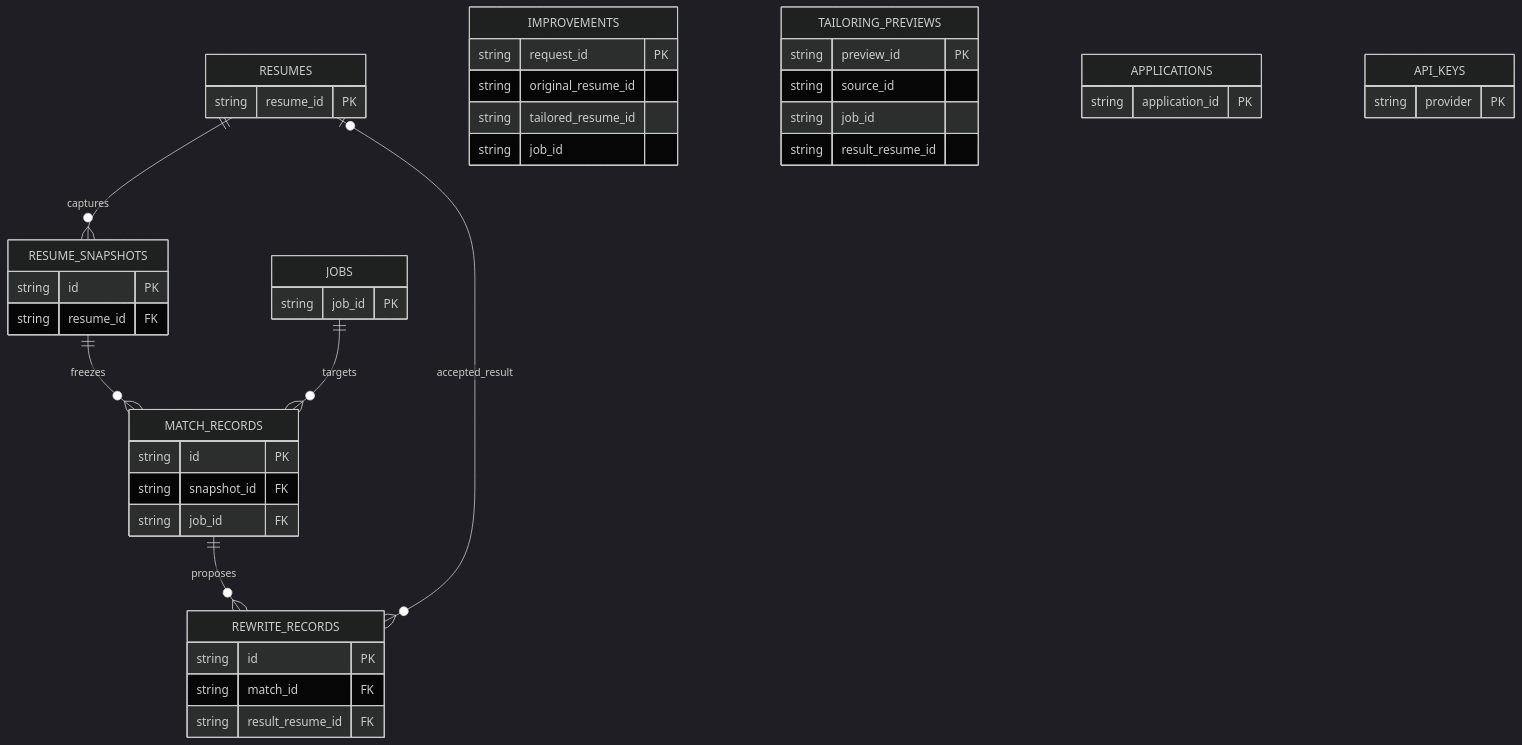
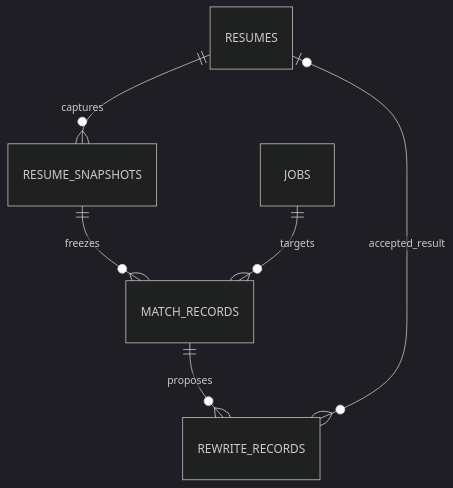
The second of 2 diagrams in docs/架构与接口.md (1subtle/careerlens), drawn with Mermaid (dark theme) before and after one commit. The commit also changed other lines of this file and 306 other files, not shown here.

````diff
--- a/docs/架构与接口.md
+++ b/docs/架构与接口.md
@@ -28,46 +47,8 @@
 ```mermaid
 erDiagram
-  RESUMES ||--o{ RESUME_SNAPSHOTS : captures
-  RESUME_SNAPSHOTS ||--o{ MATCH_RECORDS : freezes
-  JOBS ||--o{ MATCH_RECORDS : targets
-  MATCH_RECORDS ||--o{ REWRITE_RECORDS : proposes
-  RESUMES o|--o{ REWRITE_RECORDS : accepted_result
-  RESUMES {
-    string resume_id PK
-  }
-  JOBS {
-    string job_id PK
-  }
-  RESUME_SNAPSHOTS {
-    string id PK
-    string resume_id FK
-  }
-  MATCH_RECORDS {
-    string id PK
-    string snapshot_id FK
-    string job_id FK
-  }
-  REWRITE_RECORDS {
-    string id PK
-    string match_id FK
-    string result_resume_id FK
-  }
-  IMPROVEMENTS {
-    string request_id PK
-    string original_resume_id
-    string tailored_resume_id
-    string job_id
-  }
-  TAILORING_PREVIEWS {
-    string preview_id PK
-    string source_id
-    string job_id
-    string result_resume_id
-  }
-  APPLICATIONS {
-    string application_id PK
-  }
-  API_KEYS {
-    string provider PK
-  }
+    RESUMES ||--o{ RESUME_SNAPSHOTS : captures
+    RESUME_SNAPSHOTS ||--o{ MATCH_RECORDS : freezes
+    JOBS ||--o{ MATCH_RECORDS : targets
+    MATCH_RECORDS ||--o{ REWRITE_RECORDS : proposes
+    RESUMES o|--o{ REWRITE_RECORDS : accepted_result
 ```
````
